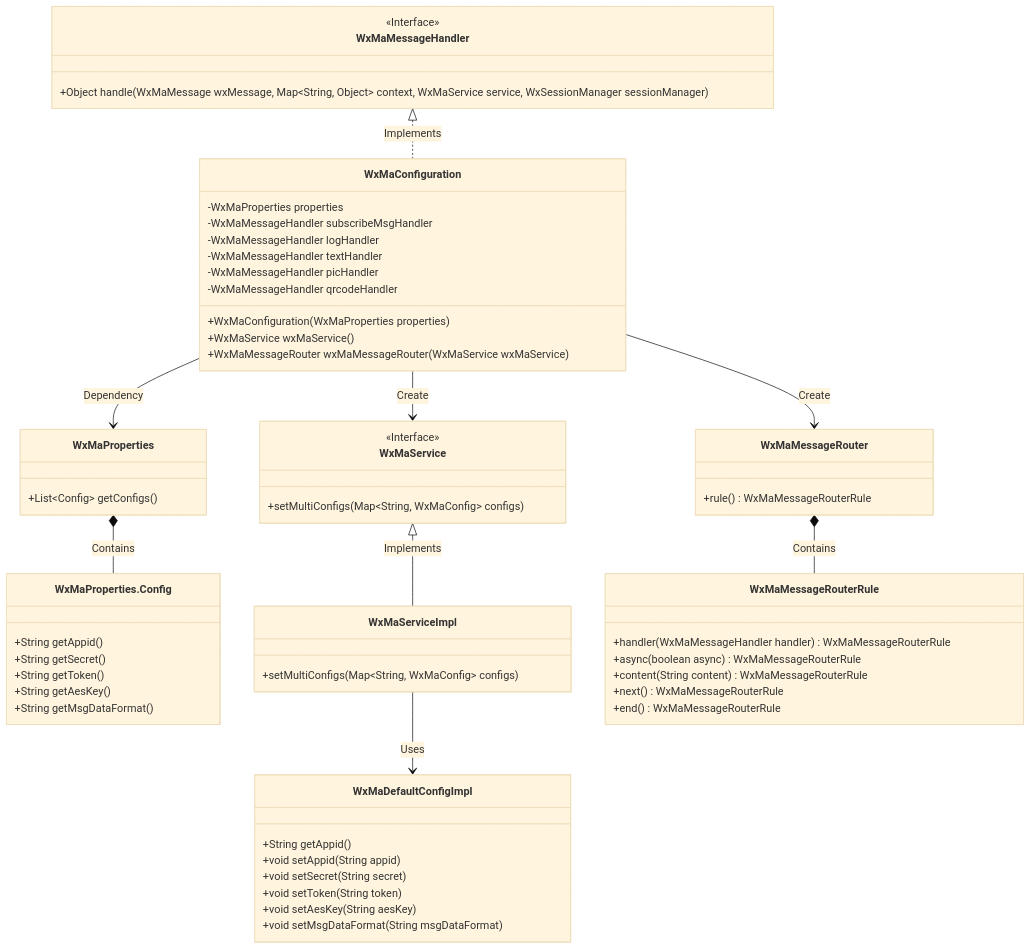
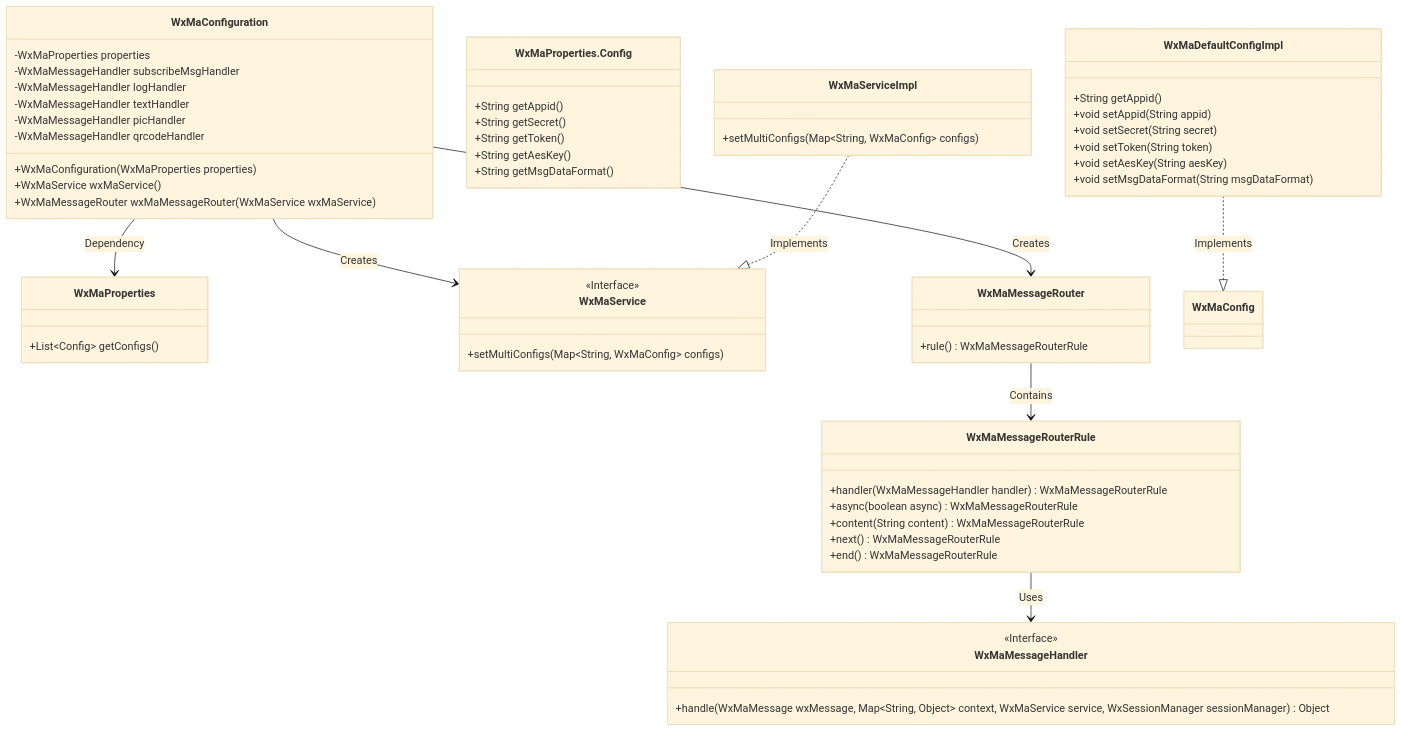
Before and after one commit to v-wjrong/rongwj666_weixin-java-miniapp-demo: the first of 3 diagrams in docs/en/docs/src/main/java/com/github/binarywang/demo/wx/miniapp/config/WxMaConfiguration.md, drawn with Mermaid (base theme). The commit also changed other lines of this file and 49 other files, not shown here.

````diff
--- a/docs/en/docs/src/main/java/com/github/binarywang/demo/wx/miniapp/config/WxMaConfiguration.md
+++ b/docs/en/docs/src/main/java/com/github/binarywang/demo/wx/miniapp/config/WxMaConfiguration.md
@@ -36,70 +36,69 @@
 ```mermaid
 classDiagram
     class WxMaConfiguration {
         -WxMaProperties properties
+        +WxMaConfiguration(WxMaProperties properties)
+        +WxMaService wxMaService()
+        +WxMaMessageRouter wxMaMessageRouter(WxMaService wxMaService)
         -WxMaMessageHandler subscribeMsgHandler
         -WxMaMessageHandler logHandler
         -WxMaMessageHandler textHandler
         -WxMaMessageHandler picHandler
         -WxMaMessageHandler qrcodeHandler
-        +WxMaConfiguration(WxMaProperties properties)
-        +WxMaService wxMaService()
-        +WxMaMessageRouter wxMaMessageRouter(WxMaService wxMaService)
     }
 
     class WxMaProperties {
         +List~Config~ getConfigs()
     }
 
     class WxMaProperties.Config {
         +String getAppid()
         +String getSecret()
         +String getToken()
         +String getAesKey()
         +String getMsgDataFormat()
     }
 
     class WxMaService {
         <<Interface>>
         +setMultiConfigs(Map~String, WxMaConfig~ configs)
     }
 
     class WxMaServiceImpl {
         +setMultiConfigs(Map~String, WxMaConfig~ configs)
     }
 
     class WxMaDefaultConfigImpl {
         +String getAppid()
         +void setAppid(String appid)
         +void setSecret(String secret)
         +void setToken(String token)
         +void setAesKey(String aesKey)
         +void setMsgDataFormat(String msgDataFormat)
     }
 
     class WxMaMessageRouter {
         +rule() WxMaMessageRouterRule
     }
 
     class WxMaMessageRouterRule {
         +handler(WxMaMessageHandler handler) WxMaMessageRouterRule
         +async(boolean async) WxMaMessageRouterRule
         +content(String content) WxMaMessageRouterRule
         +next() WxMaMessageRouterRule
         +end() WxMaMessageRouterRule
     }
 
     class WxMaMessageHandler {
         <<Interface>>
-        +Object handle(WxMaMessage wxMessage, Map~String, Object~ context, WxMaService service, WxSessionManager sessionManager)
+        +handle(WxMaMessage wxMessage, Map~String, Object~ context, WxMaService service, WxSessionManager sessionManager) Object
     }
 
     WxMaConfiguration --> WxMaProperties : Dependency
-    WxMaConfiguration --> WxMaService : Create
-    WxMaConfiguration --> WxMaMessageRouter : Create
-    WxMaService <|-- WxMaServiceImpl : Implements
-    WxMaProperties *-- WxMaProperties.Config : Contains
-    WxMaMessageRouter *-- WxMaMessageRouterRule : Contains
-    WxMaMessageHandler <|.. WxMaConfiguration : Implements
-    WxMaServiceImpl --> WxMaDefaultConfigImpl : Uses
+    WxMaConfiguration --> WxMaService : Creates
+    WxMaConfiguration --> WxMaMessageRouter : Creates
+    WxMaServiceImpl ..|> WxMaService : Implements
+    WxMaDefaultConfigImpl ..|> WxMaConfig : Implements
+    WxMaMessageRouter --> WxMaMessageRouterRule : Contains
+    WxMaMessageRouterRule --> WxMaMessageHandler : Uses
 ```
````
